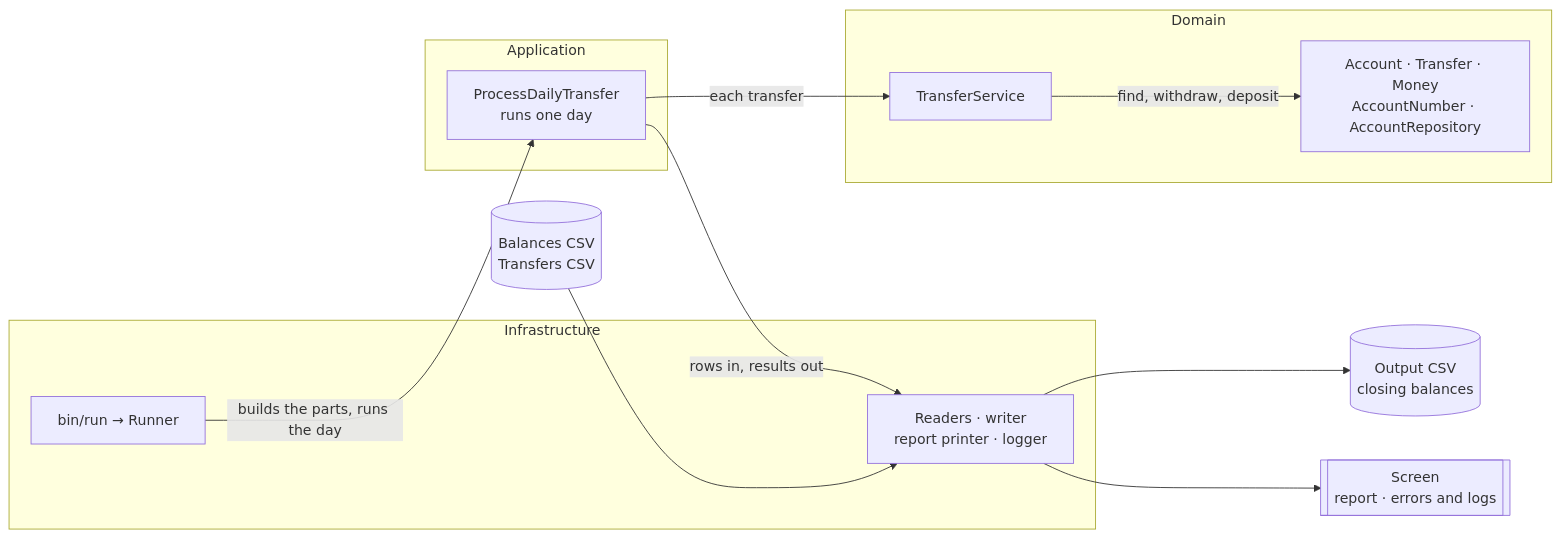
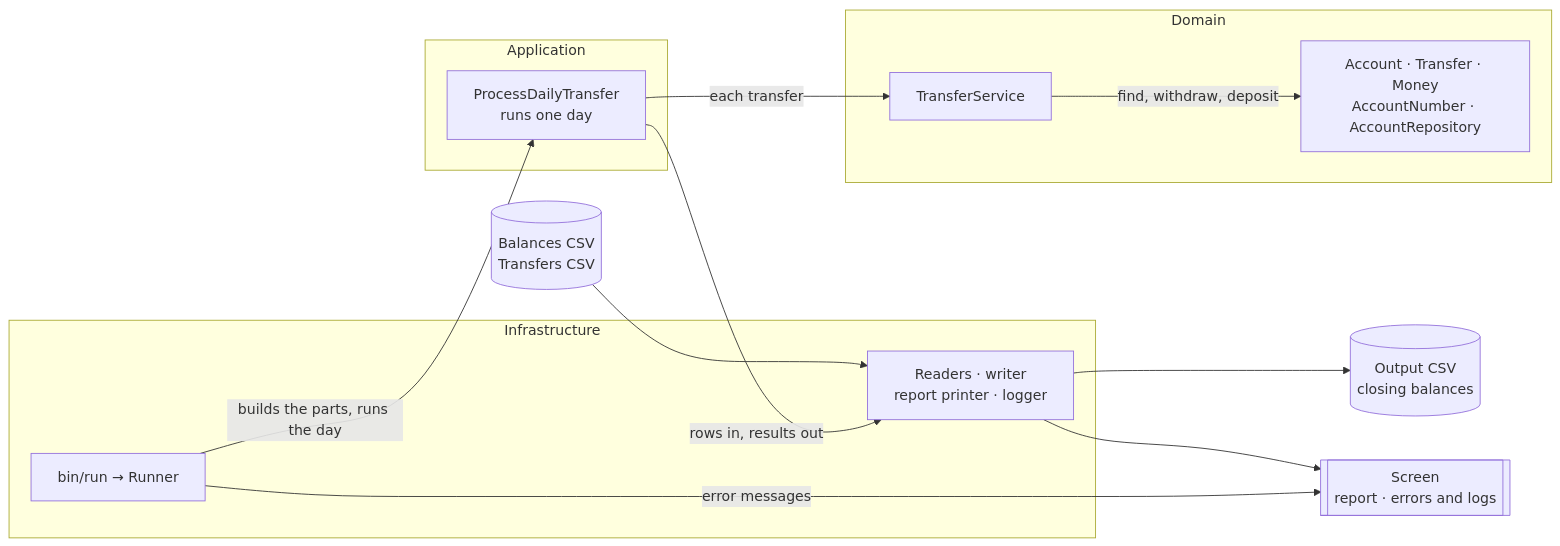
The first of 5 diagrams in docs/solution-design/05-high-level-design.md (hetal-patel78/mable-backend-code-challenge), drawn with Mermaid before and after one commit. The commit also changed 4 other files, not shown here.

First line of the commit message:
Show the Runner's error messages in the overview and use opening balance in the specs

````diff
--- a/docs/solution-design/05-high-level-design.md
+++ b/docs/solution-design/05-high-level-design.md
@@ -11,28 +11,29 @@
 ```mermaid
 flowchart LR
     In[("Balances CSV<br/>Transfers CSV")]
     Out[("Output CSV<br/>closing balances")]
     Screen[["Screen<br/>report · errors and logs"]]
 
     subgraph infra["Infrastructure"]
         Run["bin/run → Runner"]
         IO["Readers · writer<br/>report printer · logger"]
     end
 
     subgraph app["Application"]
         PDT["ProcessDailyTransfer<br/>runs one day"]
     end
 
     subgraph dom["Domain"]
         TS["TransferService"]
         Models["Account · Transfer · Money<br/>AccountNumber · AccountRepository"]
     end
 
     Run -- "builds the parts, runs the day" --> PDT
     In --> IO
     PDT -- "rows in, results out" --> IO
     IO --> Out
     IO --> Screen
+    Run -- "error messages" --> Screen
     PDT -- "each transfer" --> TS
     TS -- "find, withdraw, deposit" --> Models
 ```
````
